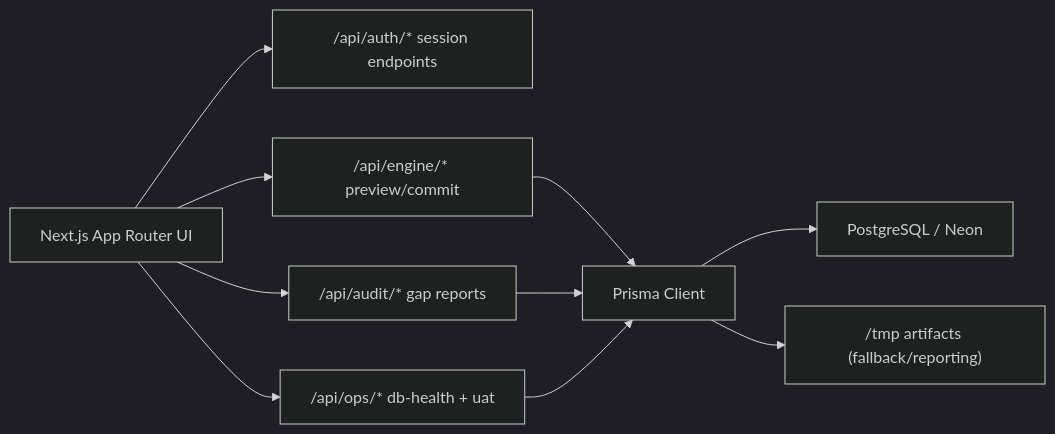
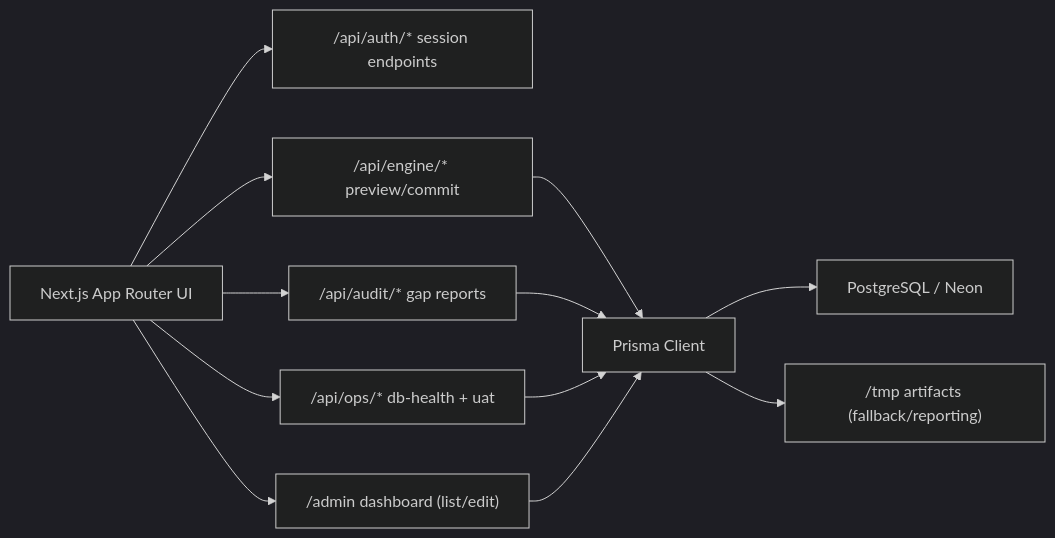
One commit to gUBII/chartgen changed the first of 4 diagrams in README.md. Above: the diagram before and after it, drawn with Mermaid (dark theme). The commit also changed other lines of this file and 24 other files, not shown here.

````diff
--- a/README.md
+++ b/README.md
@@ -90,12 +90,14 @@
 ```mermaid
 flowchart LR
   Browser["Next.js App Router UI"] --> Auth["/api/auth/* session endpoints"]
   Browser --> Engine["/api/engine/* preview/commit"]
   Browser --> Audit["/api/audit/* gap reports"]
   Browser --> Ops["/api/ops/* db-health + uat"]
+  Browser --> Admin["/admin dashboard (list/edit)"]
   Engine --> Prisma["Prisma Client"]
   Audit --> Prisma
   Ops --> Prisma
+  Admin --> Prisma
   Prisma --> Postgres["PostgreSQL / Neon"]
   Prisma --> Tmp["/tmp artifacts (fallback/reporting)"]
 ```
````
